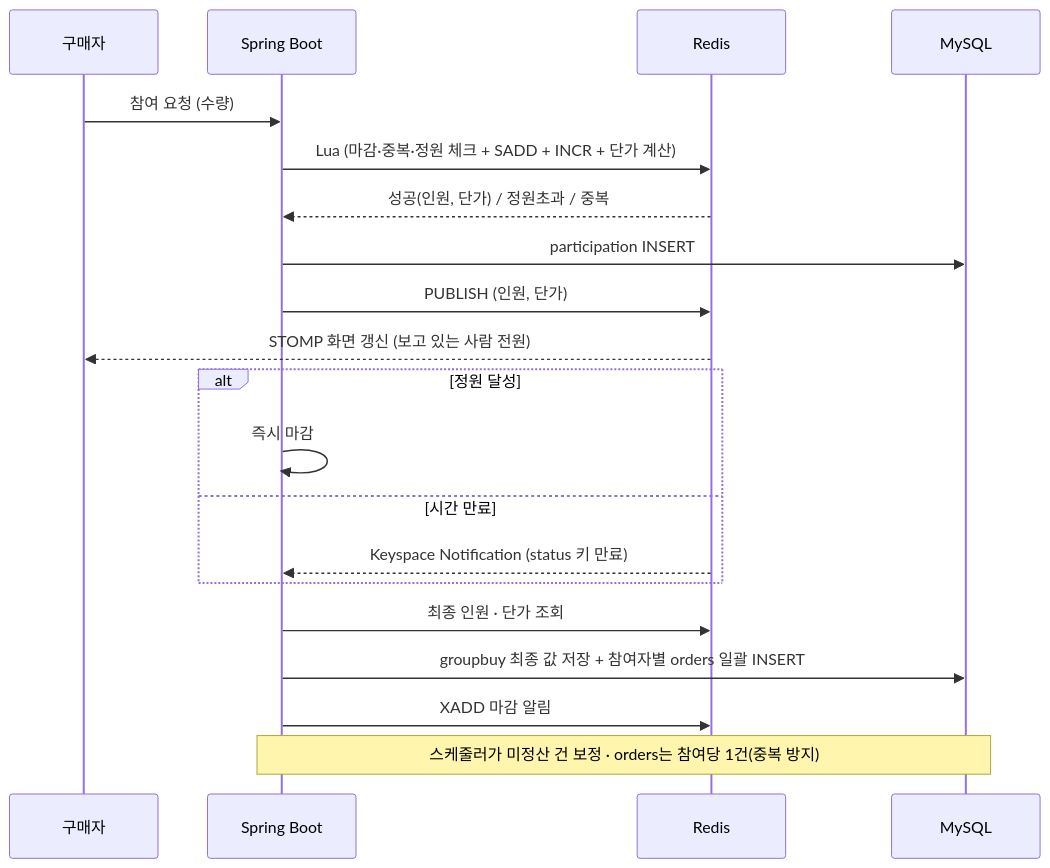
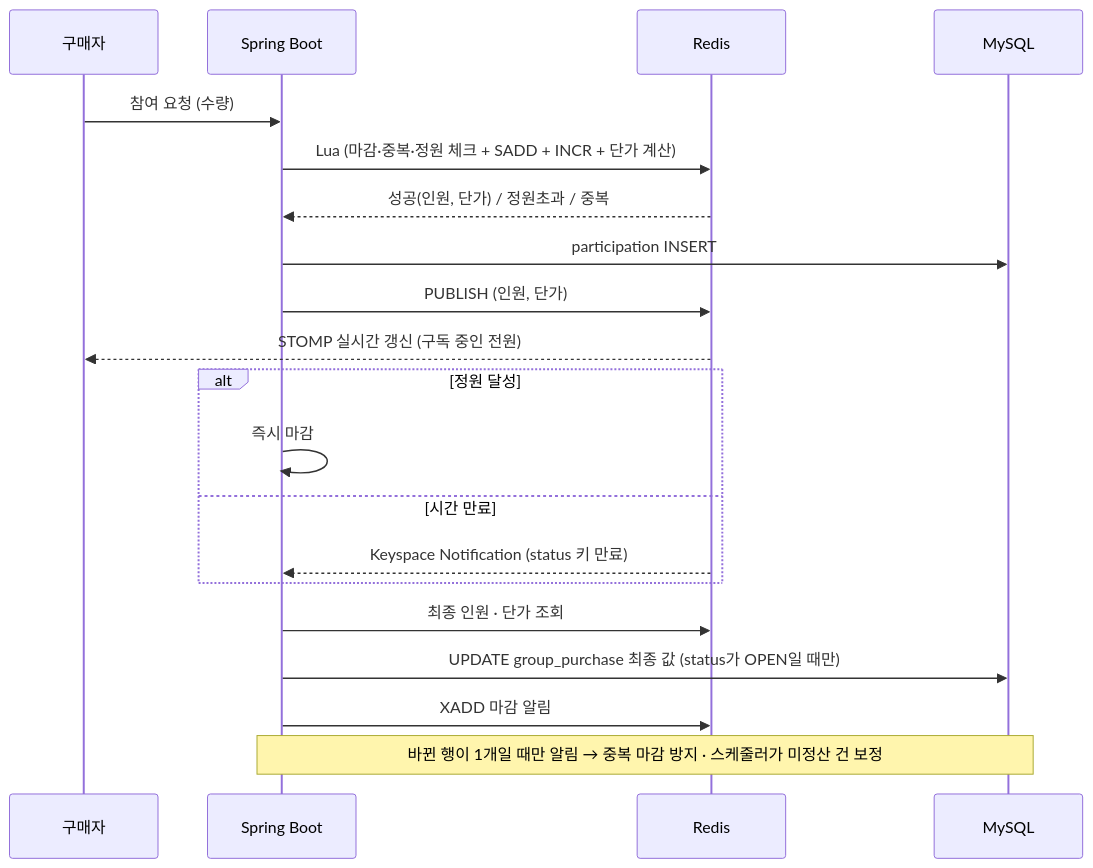
The third of 4 diagrams in README.md (f-lab-edu/TTUK), drawn with Mermaid before and after one commit. The commit also changed other lines of this file, not shown here.

````diff
--- a/README.md
+++ b/README.md
@@ -128,25 +128,25 @@
 ```mermaid
 sequenceDiagram
     participant U as 구매자
     participant S as Spring Boot
     participant R as Redis
     participant M as MySQL
 
     U->>S: 참여 요청 (수량)
     S->>R: Lua (마감·중복·정원 체크 + SADD + INCR + 단가 계산)
     R-->>S: 성공(인원, 단가) / 정원초과 / 중복
     S->>M: participation INSERT
     S->>R: PUBLISH (인원, 단가)
-    R-->>U: STOMP 화면 갱신 (보고 있는 사람 전원)
+    R-->>U: STOMP 실시간 갱신 (구독 중인 전원)
 
     alt 정원 달성
         S->>S: 즉시 마감
     else 시간 만료
         R-->>S: Keyspace Notification (status 키 만료)
     end
 
     S->>R: 최종 인원 · 단가 조회
-    S->>M: groupbuy 최종 값 저장 + 참여자별 orders 일괄 INSERT
+    S->>M: UPDATE group_purchase 최종 값 (status가 OPEN일 때만)
     S->>R: XADD 마감 알림
-    Note over S,M: 스케줄러가 미정산 건 보정 · orders는 참여당 1건(중복 방지)
+    Note over S,M: 바뀐 행이 1개일 때만 알림 → 중복 마감 방지 · 스케줄러가 미정산 건 보정
 ```
````
